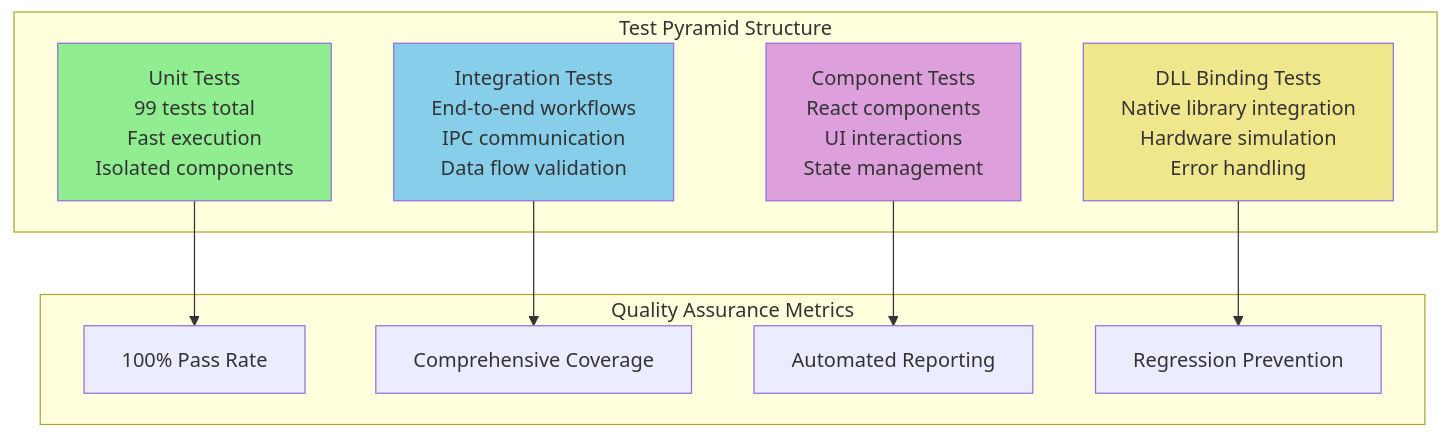
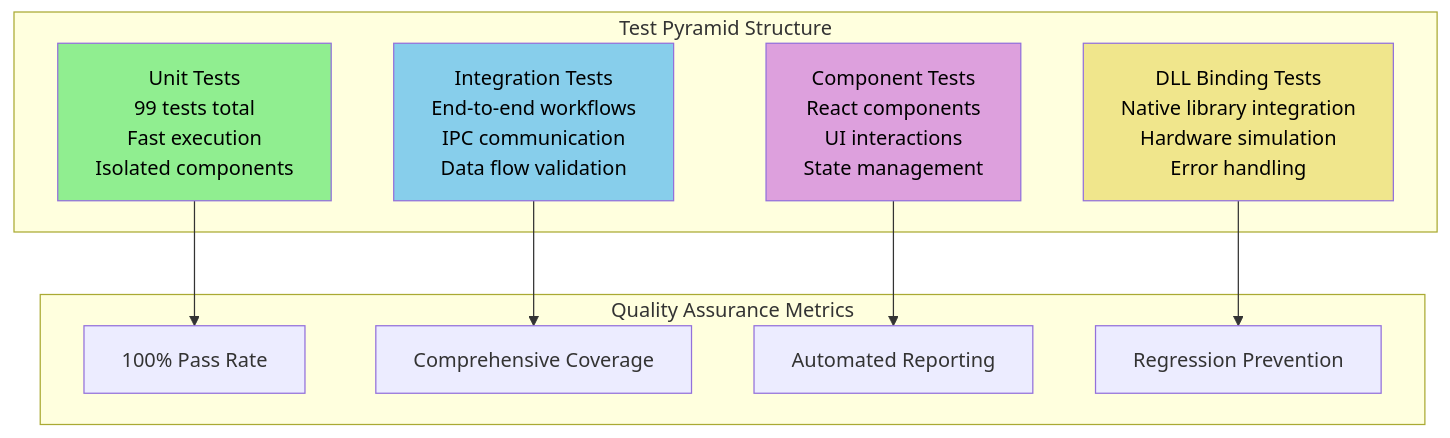
One commit to Interlaken0/temperature-plotter changed the ninth of 18 diagrams in docs/system-architecture.md. Above: the diagram before and after it, drawn with Mermaid. The commit also changed other lines of this file and 8 other files, not shown here.

First line of the commit message:
Update documentation with comprehensive API reference and visual graph upgrade details

````diff
--- a/docs/system-architecture.md
+++ b/docs/system-architecture.md
@@ -203,29 +416,29 @@
 ```mermaid
 graph TB
     subgraph "Test Pyramid Structure"
         A[Unit Tests<br/>99 tests total<br/>Fast execution<br/>Isolated components]
         
         B[Integration Tests<br/>End-to-end workflows<br/>IPC communication<br/>Data flow validation]
         
         C[Component Tests<br/>React components<br/>UI interactions<br/>State management]
         
         D[DLL Binding Tests<br/>Native library integration<br/>Hardware simulation<br/>Error handling]
     end
     
     subgraph "Quality Assurance Metrics"
         E[100% Pass Rate]
         F[Comprehensive Coverage]
         G[Automated Reporting]
         H[Regression Prevention]
     end
     
     A --> E
     B --> F
     C --> G
     D --> H
     
-    style A fill:#90EE90
-    style B fill:#87CEEB
-    style C fill:#DDA0DD
-    style D fill:#F0E68C
+    style A fill:#90EE90,color:#000000
+    style B fill:#87CEEB,color:#000000
+    style C fill:#DDA0DD,color:#000000
+    style D fill:#F0E68C,color:#000000
 ```
````
